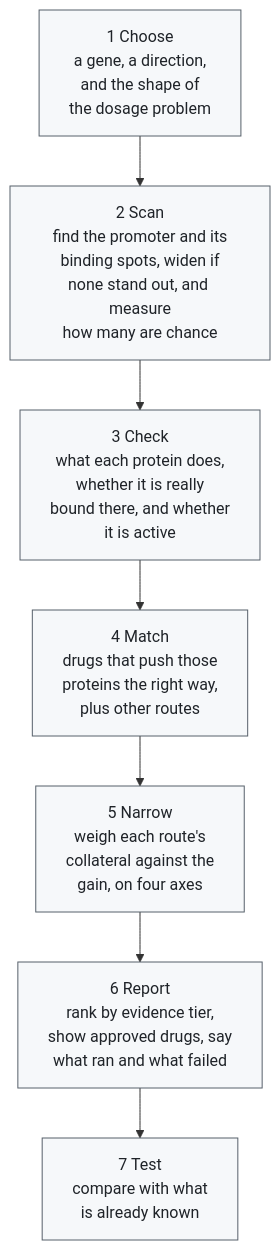
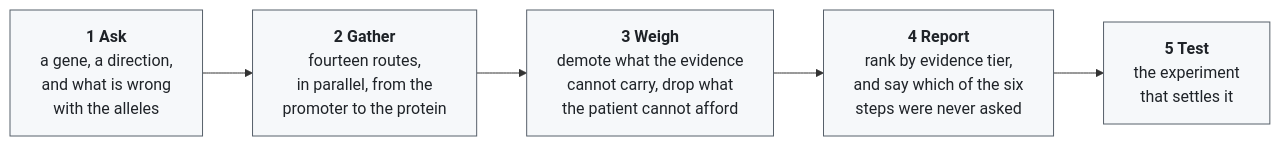
Before and after one commit to kjmartin44/Martins: the diagram in docs/pipeline.mmd, drawn with Mermaid. The commit also changed 8 other files, not shown here.

```diff
--- a/docs/pipeline.mmd
+++ b/docs/pipeline.mmd
@@ -1,13 +1,12 @@
-%% The seven steps of a run. The branches are in pipeline_detail.mmd.
+%% One run, left to right. The README embeds this file verbatim.
+%% The branches are in pipeline_detail.mmd.
 %% Source of truth: docs/how-it-works.md.
-flowchart TB
-    A["1 Choose<br/>a gene, a direction,<br/>and the shape of<br/>the dosage problem"]
-    B["2 Scan<br/>find the promoter and its<br/>binding spots, widen if<br/>none stand out, and measure<br/>how many are chance"]
-    C["3 Check<br/>what each protein does,<br/>whether it is really<br/>bound there, and whether<br/>it is active"]
-    D["4 Match<br/>drugs that push those<br/>proteins the right way,<br/>plus other routes"]
-    E["5 Narrow<br/>weigh each route's<br/>collateral against the<br/>gain, on four axes"]
-    F["6 Report<br/>rank by evidence tier,<br/>show approved drugs, say<br/>what ran and what failed"]
-    G["7 Test<br/>compare with what<br/>is already known"]
-    A --> B --> C --> D --> E --> F --> G
+flowchart LR
+    A["<b>1 Ask</b><br/>a gene, a direction,<br/>and what is wrong<br/>with the alleles"]
+    B["<b>2 Gather</b><br/>fourteen routes,<br/>in parallel, from the<br/>promoter to the protein"]
+    C["<b>3 Weigh</b><br/>demote what the evidence<br/>cannot carry, drop what<br/>the patient cannot afford"]
+    D["<b>4 Report</b><br/>rank by evidence tier,<br/>and say which of the six<br/>steps were never asked"]
+    E["<b>5 Test</b><br/>the experiment<br/>that settles it"]
+    A --> B --> C --> D --> E
     classDef step fill:#f6f8fa,stroke:#57606a,color:#1f2328
-    class A,B,C,D,E,F,G step
+    class A,B,C,D,E step
```
